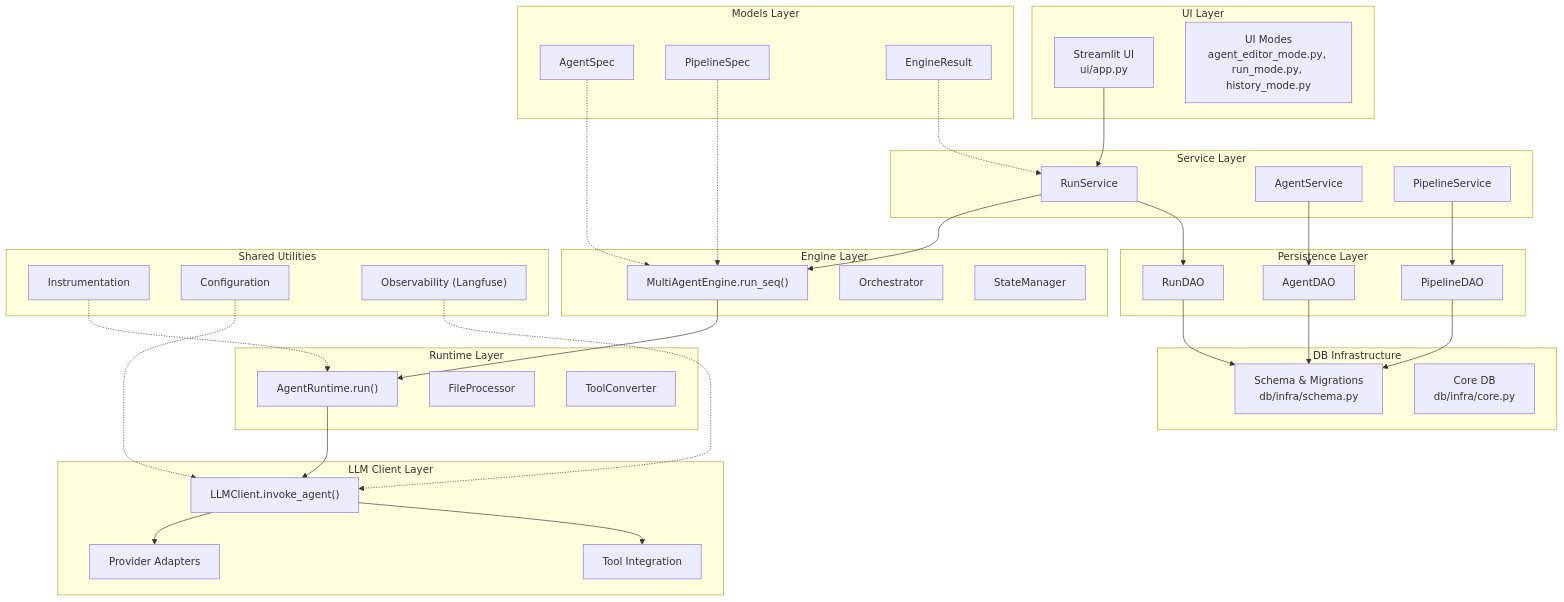
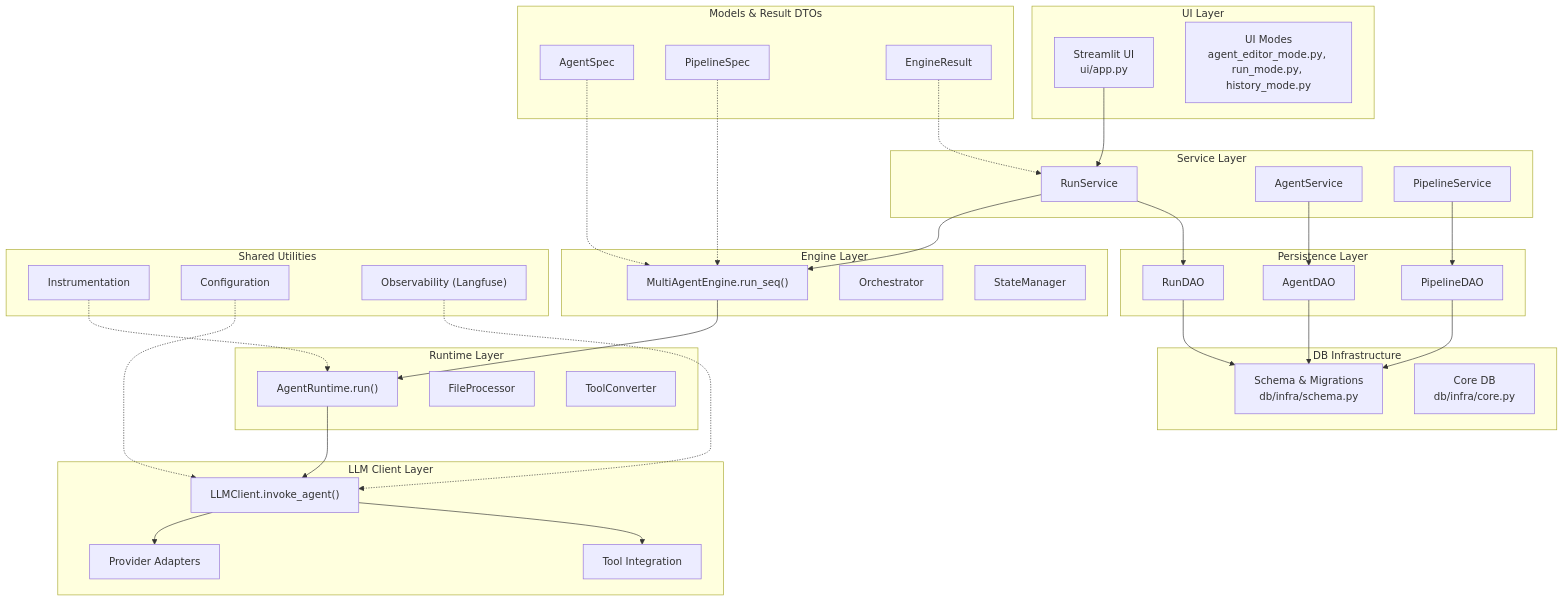
Before and after one commit to paul-wosch/Multi-Agent-Dashboard: the fifth of 8 diagrams in docs/ARCHITECTURE.md, drawn with Mermaid. The commit also changed other lines of this file, not shown here.

Commit message:
docs(architecture): refine models layer label
- Renamed "Models Layer" to "Models & Result DTOs"
  in architecture diagrams to include both
  models.py and engine result types
- Updated diagram labels to reference models.py
  plus engine/ to eliminate ambiguity around
  logical data transfer object boundaries

````diff
--- a/docs/ARCHITECTURE.md
+++ b/docs/ARCHITECTURE.md
@@ -463,73 +463,73 @@
 ```mermaid
 graph TD
     subgraph "UI Layer"
         UI["Streamlit UI<br/>ui/app.py"]
         UIModes["UI Modes<br/>agent_editor_mode.py, run_mode.py, history_mode.py"]
     end
     
     subgraph "Service Layer"
         RunService[RunService]
         AgentService[AgentService]
         PipelineService[PipelineService]
     end
     
     subgraph "Persistence Layer"
         AgentsDAO[AgentDAO]
         PipelinesDAO[PipelineDAO]
         RunsDAO[RunDAO]
     end
     
     subgraph "DB Infrastructure"
         Schema["Schema & Migrations<br/>db/infra/schema.py"]
         Core["Core DB<br/>db/infra/core.py"]
     end
     
     subgraph "Engine Layer"
         MultiAgentEngine["MultiAgentEngine.run_seq()"]
         Orchestrator[Orchestrator]
         StateManager[StateManager]
     end
     
     subgraph "Runtime Layer"
         AgentRuntime["AgentRuntime.run()"]
         FileProcessor[FileProcessor]
         ToolConverter[ToolConverter]
     end
     
     subgraph "LLM Client Layer"
         LLMClient["LLMClient.invoke_agent()"]
         ProviderAdapters[Provider Adapters]
         ToolIntegration[Tool Integration]
     end
     
-    subgraph "Models Layer"
+    subgraph "Models & Result DTOs"
         AgentSpec[AgentSpec]
         PipelineSpec[PipelineSpec]
         EngineResult[EngineResult]
     end
     
     subgraph "Shared Utilities"
         Instrumentation[Instrumentation]
         Config[Configuration]
         Observability["Observability (Langfuse)"]
     end
     
     UI --> RunService
     RunService --> MultiAgentEngine
     RunService --> RunsDAO
     AgentService --> AgentsDAO
     PipelineService --> PipelinesDAO
     AgentsDAO --> Schema
     PipelinesDAO --> Schema
     RunsDAO --> Schema
     MultiAgentEngine --> AgentRuntime
     AgentRuntime --> LLMClient
     LLMClient --> ProviderAdapters
     LLMClient --> ToolIntegration
     Instrumentation -.-> AgentRuntime
     Config -.-> LLMClient
     Observability -.-> LLMClient
     AgentSpec -.-> MultiAgentEngine
     PipelineSpec -.-> MultiAgentEngine
     EngineResult -.-> RunService
 ```
````
